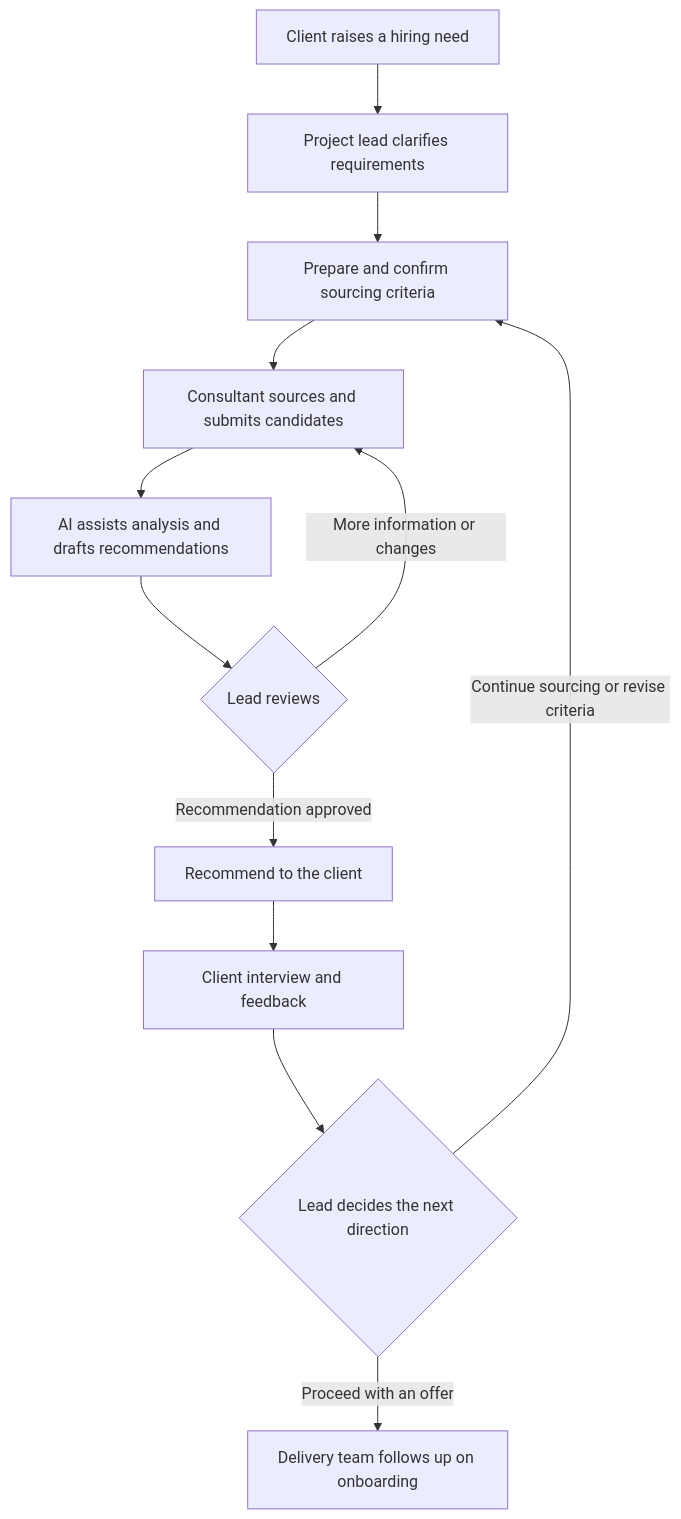
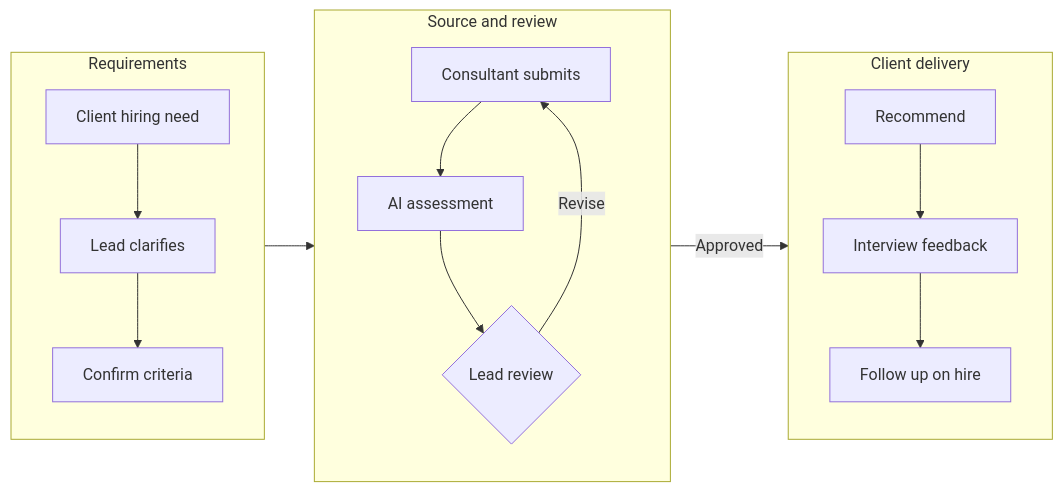
The first of 2 diagrams in content/en/cases/recruitment-delivery.md (cytlabs/personal-site), drawn with Mermaid before and after one commit. The commit also changed other lines of this file and 17 other files, not shown here.

First line of the commit message:
统一图表排版、主题和大图查看 (#15)

````diff
--- a/content/en/cases/recruitment-delivery.md
+++ b/content/en/cases/recruitment-delivery.md
@@ -17,14 +17,18 @@
 ```mermaid
-flowchart TD
-    A["Client raises a hiring need"] --> B["Project lead clarifies requirements"]
-    B --> C["Prepare and confirm sourcing criteria"]
-    C --> D["Consultant sources and submits candidates"]
-    D --> E["AI assists analysis and drafts recommendations"]
-    E --> F{"Lead reviews"}
-    F -->|More information or changes| D
-    F -->|Recommendation approved| G["Recommend to the client"]
-    G --> H["Client interview and feedback"]
-    H --> I{"Lead decides the next direction"}
-    I -->|Continue sourcing or revise criteria| C
-    I -->|Proceed with an offer| J["Delivery team follows up on onboarding"]
+flowchart LR
+    subgraph RQ["Requirements"]
+        direction TB
+        A["Client hiring need"] --> B["Lead clarifies"] --> C["Confirm criteria"]
+    end
+    subgraph DL["Source and review"]
+        direction TB
+        D["Consultant submits"] --> E["AI assessment"] --> F{"Lead review"}
+        F -->|Revise| D
+    end
+    subgraph RC["Client delivery"]
+        direction TB
+        G["Recommend"] --> H["Interview feedback"] --> I["Follow up on hire"]
+    end
+    RQ --> DL
+    DL -->|Approved| RC
 ```
````
